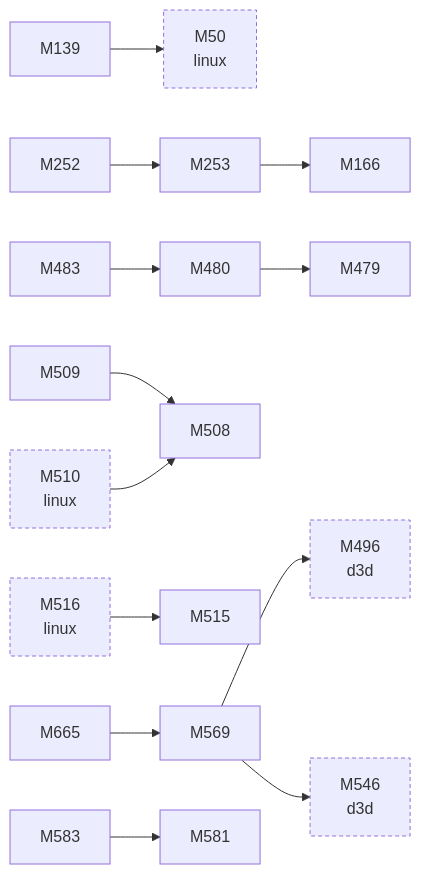
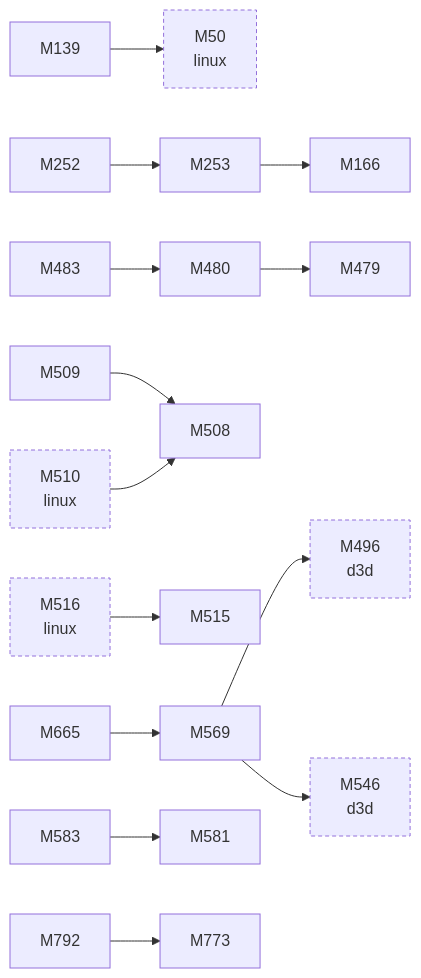
One commit to D-Ogi/amdgpu-wddm changed the second of 2 diagrams in docs/facts/graphs/icd.md. Above: the diagram before and after it, drawn with Mermaid. The commit also changed 22 other files, not shown here.

````diff
--- a/docs/facts/graphs/icd.md
+++ b/docs/facts/graphs/icd.md
@@ -23,36 +23,39 @@
 ```mermaid
 flowchart LR
   M50["M50<br/>linux"]
   M139["M139"]
   M166["M166"]
   M252["M252"]
   M253["M253"]
   M479["M479"]
   M480["M480"]
   M483["M483"]
   M496["M496<br/>d3d"]
   M508["M508"]
   M509["M509"]
   M510["M510<br/>linux"]
   M515["M515"]
   M516["M516<br/>linux"]
   M546["M546<br/>d3d"]
   M569["M569"]
   M581["M581"]
   M583["M583"]
   M665["M665"]
+  M773["M773"]
+  M792["M792"]
   M139 --> M50
   M252 --> M253
   M253 --> M166
   M480 --> M479
   M483 --> M480
   M509 --> M508
   M569 --> M496
   M569 --> M546
   M583 --> M581
   M665 --> M569
+  M792 --> M773
   M510 --> M508
   M516 --> M515
   classDef other stroke-dasharray:4 3
   class M50,M496,M510,M516,M546 other
 ```
````
